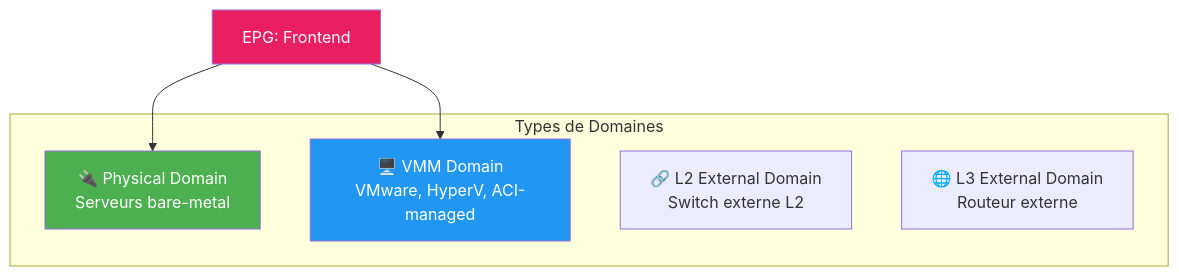
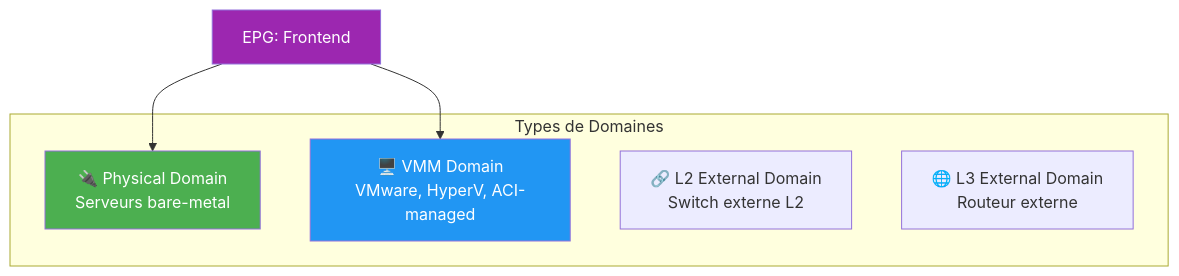
The tenth of 11 diagrams in docs/formations/terraform-aci/03-module.md (VBlackJack/ShellBook), drawn with Mermaid before and after one commit. The commit also changed other lines of this file and 337 other files, not shown here.

First line of the commit message:
refactor(docs): Standardize code blocks and Mermaid colors

````diff
--- a/docs/formations/terraform-aci/03-module.md
+++ b/docs/formations/terraform-aci/03-module.md
@@ -553,18 +553,18 @@
 ```mermaid
 graph TB
     subgraph "Types de Domaines"
         PHY["🔌 Physical Domain<br/>Serveurs bare-metal"]
         VMM["🖥️ VMM Domain<br/>VMware, HyperV, ACI-managed"]
         L2["🔗 L2 External Domain<br/>Switch externe L2"]
         L3["🌐 L3 External Domain<br/>Routeur externe"]
     end
 
     EPG["EPG: Frontend"]
 
     EPG --> PHY
     EPG --> VMM
 
-    style EPG fill:#e91e63,color:#fff
+    style EPG fill:#9C27B0,color:#fff
     style PHY fill:#4caf50,color:#fff
     style VMM fill:#2196f3,color:#fff
 ```
````
